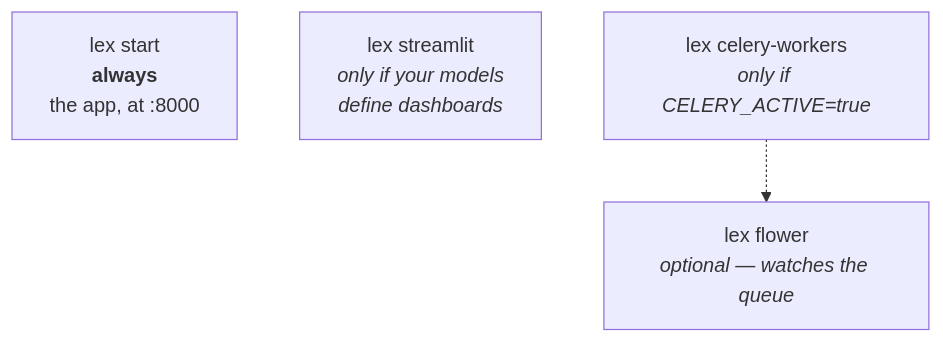
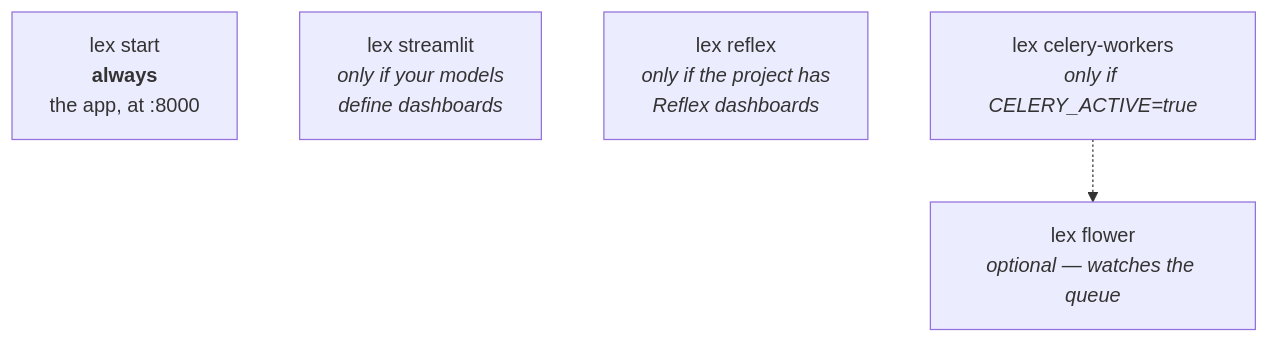
Before and after one commit to ExcellenceCloudGmbH/lex-app: the diagram in docs/start-here/running your app.md, drawn with Mermaid. The commit also changed other lines of this file and 69 other files, not shown here.

````diff
--- a/docs/start-here/running your app.md
+++ b/docs/start-here/running your app.md
@@ -12,8 +12,9 @@
 ```mermaid
 flowchart TB
     S["lex start<br/><b>always</b><br/>the app, at :8000"]
     T["lex streamlit<br/><i>only if your models</i><br/><i>define dashboards</i>"]
+    X["lex reflex<br/><i>only if the project has</i><br/><i>Reflex dashboards</i>"]
     W["lex celery-workers<br/><i>only if CELERY_ACTIVE=true</i>"]
     F["lex flower<br/><i>optional — watches the queue</i>"]
     W -.-> F
 ```
````
